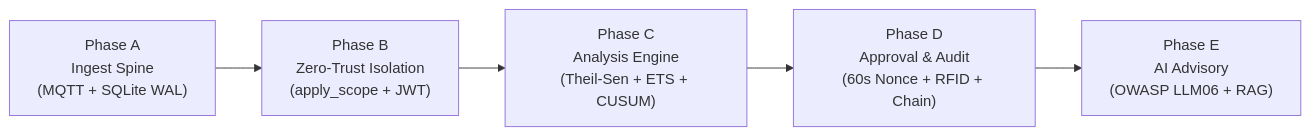
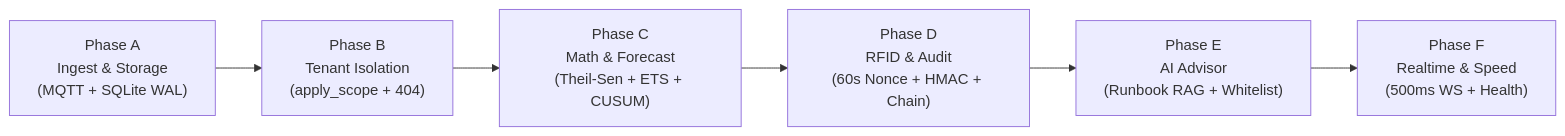
Before and after one commit to mouneshbelavadi/capacity-sentinel: the diagram in JUDGES_GUIDE.md, drawn with Mermaid. The commit also changed other lines of this file, not shown here.

Commit message:
docs: enrich JUDGES_GUIDE with live competitor urls, stage scripts, and tenant examples

````diff
--- a/JUDGES_GUIDE.md
+++ b/JUDGES_GUIDE.md
@@ -28,7 +132,8 @@
 ```mermaid
 flowchart LR
-    A["Phase A<br>Ingest Spine<br>(MQTT + SQLite WAL)"] --> B["Phase B<br>Zero-Trust Isolation<br>(apply_scope + JWT)"]
-    B --> C["Phase C<br>Analysis Engine<br>(Theil-Sen + ETS + CUSUM)"]
-    C --> D["Phase D<br>Approval & Audit<br>(60s Nonce + RFID + Chain)"]
-    D --> E["Phase E<br>AI Advisory<br>(OWASP LLM06 + RAG)"]
+    A["Phase A<br>Ingest & Storage<br>(MQTT + SQLite WAL)"] --> B["Phase B<br>Tenant Isolation<br>(apply_scope + 404)"]
+    B --> C["Phase C<br>Math & Forecast<br>(Theil-Sen + ETS + CUSUM)"]
+    C --> D["Phase D<br>RFID & Audit<br>(60s Nonce + HMAC + Chain)"]
+    D --> E["Phase E<br>AI Advisor<br>(Runbook RAG + Whitelist)"]
+    E --> F["Phase F<br>Realtime & Speed<br>(500ms WS + Health)"]
 ```
````
